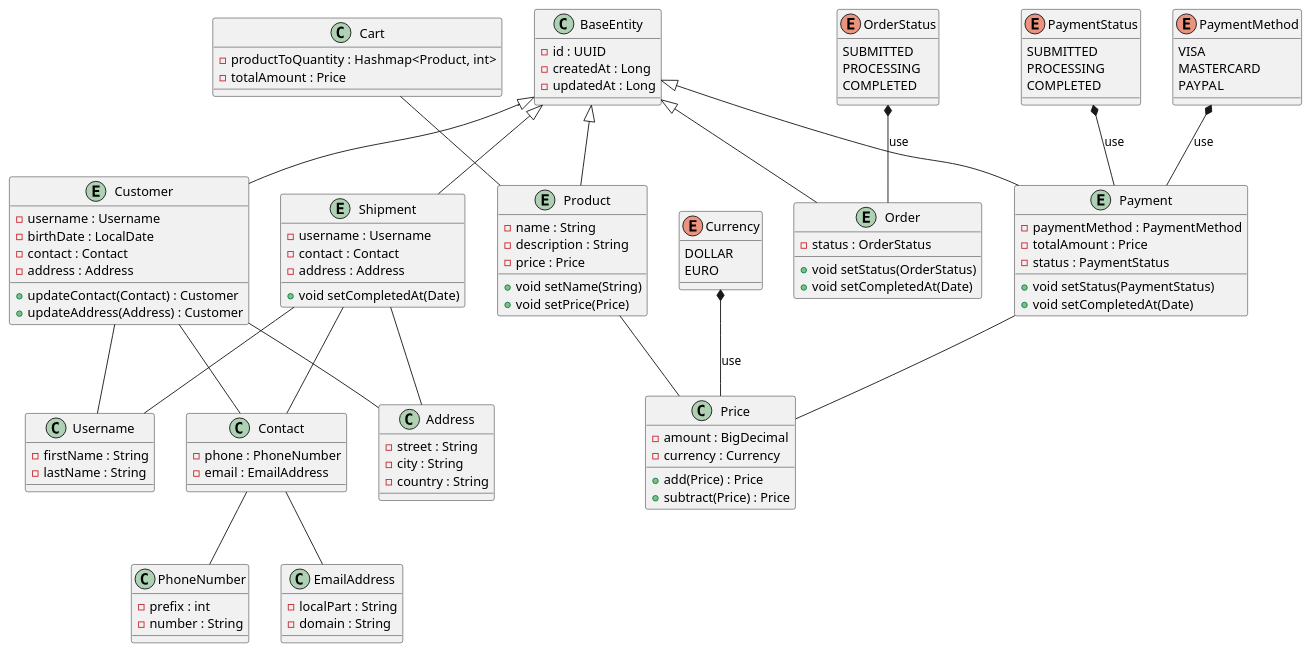
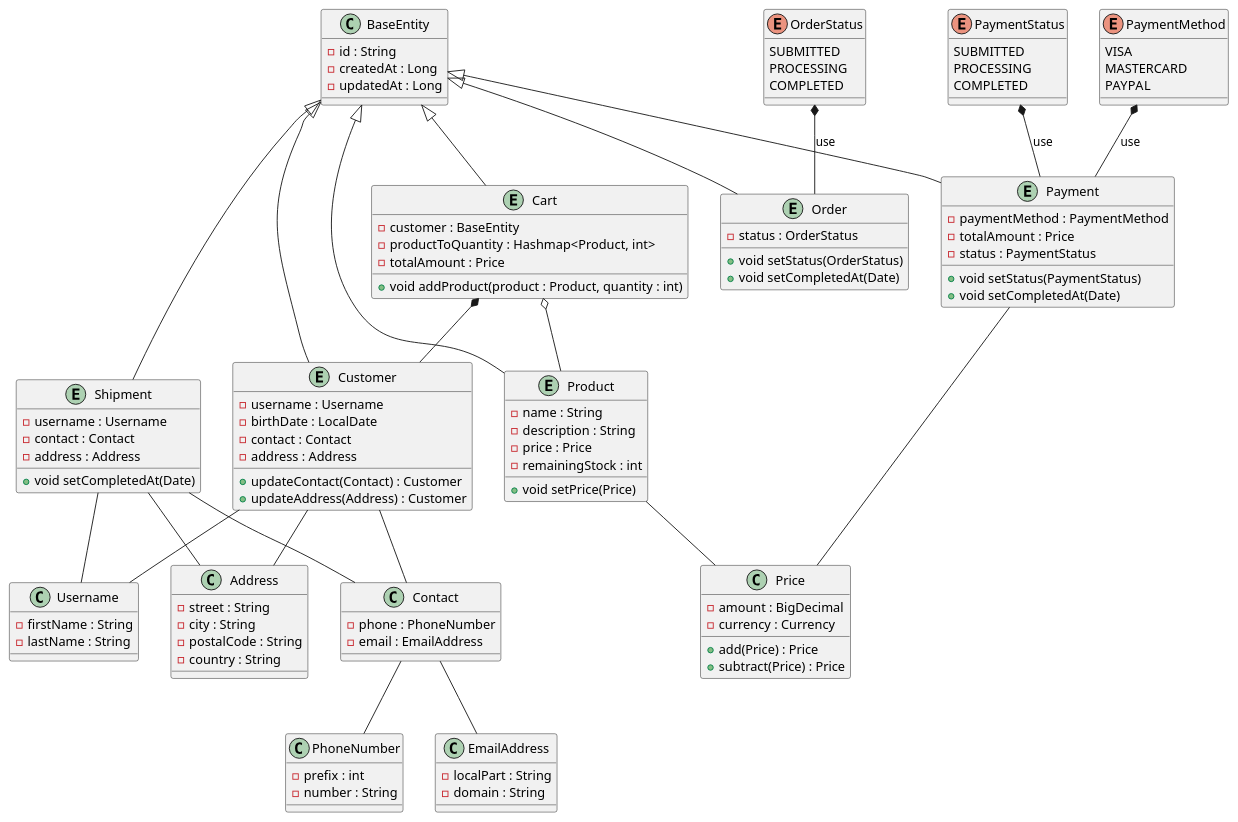
Before and after one commit to kagokla/lexailec-store: the diagram in doc/domain_model_diagram.puml, drawn with PlantUML.

Commit message:
Update the documentation - replaced UUId by a short secure random id - added postal code to Address - dropped Currency in favor java.util.Currency - added remainingStock to product

```diff
--- a/doc/domain_model_diagram.puml
+++ b/doc/domain_model_diagram.puml
@@ -1,127 +1,125 @@
 @startuml
 'https://plantuml.com/class-diagram
 
 
 class BaseEntity {
-- id : UUID
+- id : String
 - createdAt : Long
 - updatedAt : Long
 }
 
 class PhoneNumber {
 - prefix : int
 - number : String
 }
 
 class EmailAddress {
 - localPart : String
 - domain : String
 }
 
 class Contact {
 - phone : PhoneNumber
 - email : EmailAddress
 }
 
 class Address {
 - street : String
 - city : String
+- postalCode : String
 - country : String
 }
 
 class Username {
 - firstName : String
 - lastName : String
 }
 
 entity Customer extends BaseEntity {
 - username : Username
 - birthDate : LocalDate
 - contact : Contact
 - address : Address
 + updateContact(Contact) : Customer
 + updateAddress(Address) : Customer
 }
 
-enum Currency {
-DOLLAR
-EURO
-}
-
 class Price {
 - amount : BigDecimal
 - currency : Currency
 + add(Price) : Price
 + subtract(Price) : Price
 }
 
 entity Product extends BaseEntity {
 - name : String
 - description : String
 - price : Price
-+ void setName(String)
+- remainingStock : int
 + void setPrice(Price)
 }
 
 enum PaymentStatus {
 SUBMITTED
 PROCESSING
 COMPLETED
 }
 
 enum PaymentMethod {
 VISA
 MASTERCARD
 PAYPAL
 }
 
 entity Payment extends BaseEntity {
 - paymentMethod : PaymentMethod
 - totalAmount : Price
 - status : PaymentStatus
 + void setStatus(PaymentStatus)
 + void setCompletedAt(Date)
 }
 
 
 entity Shipment extends BaseEntity {
 - username : Username
 - contact : Contact
 - address : Address
 + void setCompletedAt(Date)
 }
 
-class Cart {
+entity Cart extends BaseEntity {
+- customer : BaseEntity
 - productToQuantity : Hashmap<Product, int>
 - totalAmount : Price
++ void addProduct(product : Product, quantity : int)
 }
 
 enum OrderStatus {
 SUBMITTED
 PROCESSING
 COMPLETED
 }
 
 entity Order extends BaseEntity {
 - status : OrderStatus
 + void setStatus(OrderStatus)
 + void setCompletedAt(Date)
 }
 
-Cart -- Product
+Cart o-- Product
+Cart *-- Customer
 Payment -- Price
 Product -- Price
-Currency *-- Price : use
 OrderStatus *-- Order : use
 PaymentStatus *-- Payment : use
 PaymentMethod *-- Payment : use
 Contact -- PhoneNumber
 Contact -- EmailAddress
 Customer -- Contact
 Customer -- Username
 Customer -- Address
 Shipment -- Contact
 Shipment -- Username
 Shipment -- Address
 
 @enduml
```
